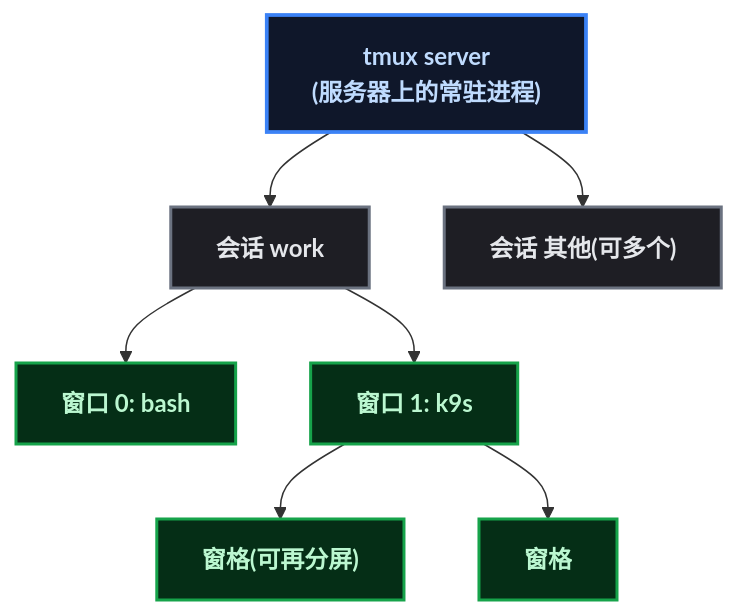
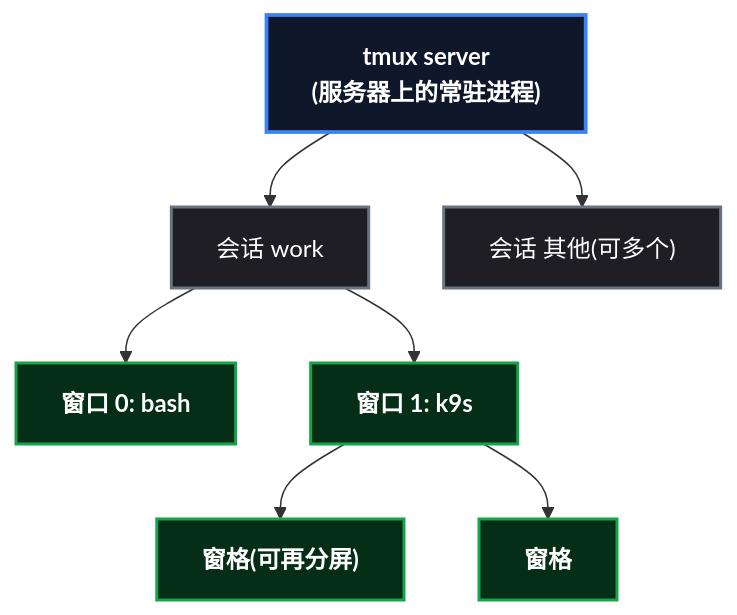
One commit to yaocat55/yaocat55.github.io changed the first of 2 diagrams in content/posts/linux/TmuxTerminalMultiplexer.md. Above: the diagram before and after it, drawn with Mermaid. The commit also changed other lines of this file and 27 other files, not shown here.

Commit message:
docs: 全系列 93 张 Mermaid 图 classDef 改为 style 强制深底白字(修复部分渲染器白底浅字)+历史文件格式清理

````diff
--- a/content/posts/linux/TmuxTerminalMultiplexer.md
+++ b/content/posts/linux/TmuxTerminalMultiplexer.md
@@ -60,26 +60,26 @@
 ```mermaid
 %% tmux 三件套层级: server 持会话, 会话持窗口, 窗口持窗格
 flowchart TD
-    classDef root fill:#0f172a,stroke:#3b82f6,stroke-width:2.5px,color:#bfdbfe,font-weight:bold;
-    classDef process fill:#1e1e24,stroke:#6b7280,stroke-width:2px,color:#e5e7eb;
-    classDef data fill:#052e16,stroke:#16a34a,stroke-width:2px,color:#bbf7d0,font-weight:bold;
 
     SRV["tmux server\n(服务器上的常驻进程)"]
     S1["会话 work"]
     S2["会话 其他(可多个)"]
     W1["窗口 0: bash"]
     W2["窗口 1: k9s"]
     P1["窗格(可再分屏)"]
     P2["窗格"]
 
     SRV --> S1
     SRV --> S2
     S1 --> W1
     S1 --> W2
     W2 --> P1
     W2 --> P2
-
-    class SRV root;
-    class S1,S2 process;
-    class W1,W2,P1,P2 data;
+    style SRV fill:#0f172a,stroke:#3b82f6,stroke-width:2.5px,color:#ffffff,font-weight:bold
+    style S1 fill:#1e1e24,stroke:#6b7280,stroke-width:2px,color:#ffffff
+    style S2 fill:#1e1e24,stroke:#6b7280,stroke-width:2px,color:#ffffff
+    style W1 fill:#052e16,stroke:#16a34a,stroke-width:2px,color:#ffffff,font-weight:bold
+    style W2 fill:#052e16,stroke:#16a34a,stroke-width:2px,color:#ffffff,font-weight:bold
+    style P1 fill:#052e16,stroke:#16a34a,stroke-width:2px,color:#ffffff,font-weight:bold
+    style P2 fill:#052e16,stroke:#16a34a,stroke-width:2px,color:#ffffff,font-weight:bold
 ```
````
